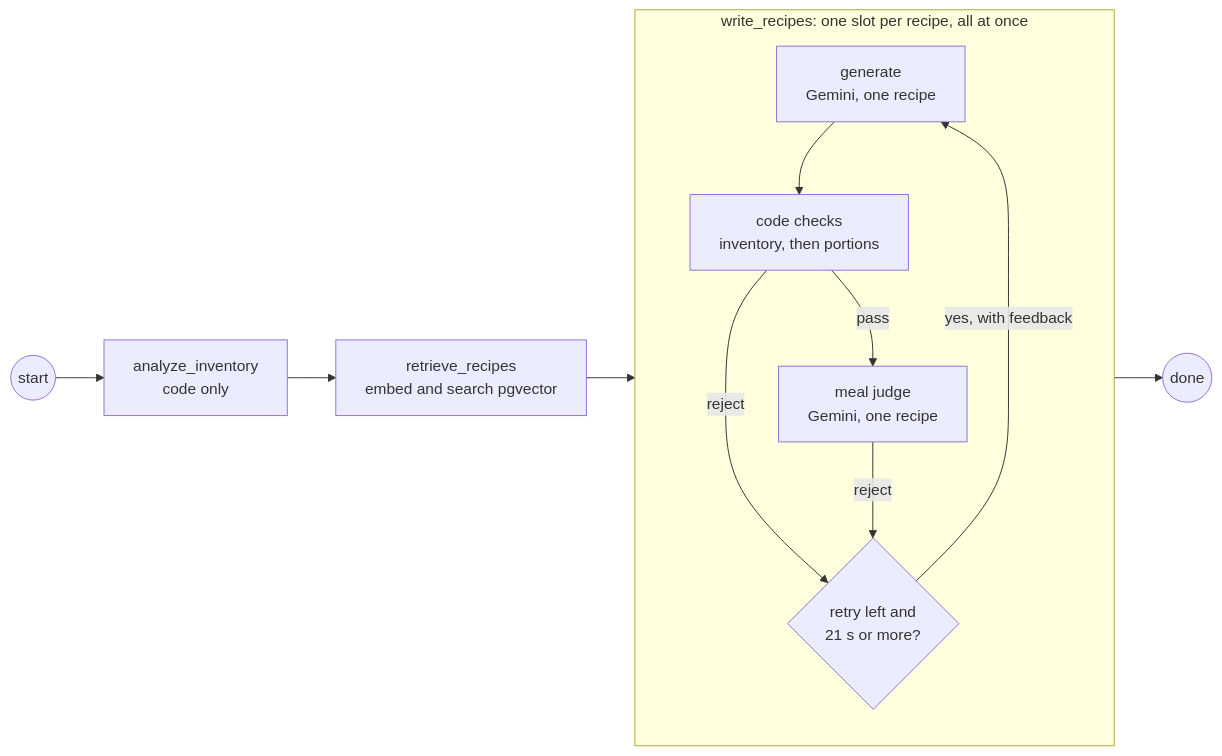
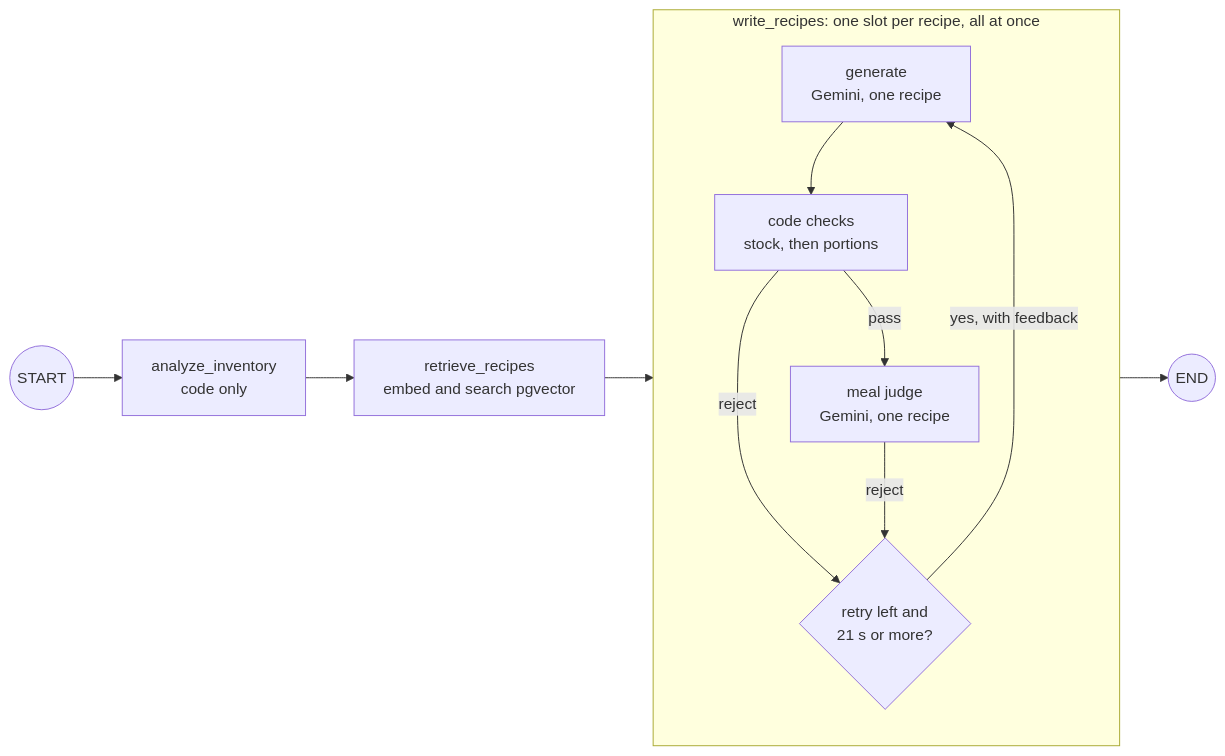
The third of 5 diagrams in docs/architecture.md (brandon-sanchez/FreshPlate), drawn with Mermaid before and after one commit. The commit also changed other lines of this file, not shown here.

First line of the commit message:
docs: describe the architecture as it runs on main (#276)

````diff
--- a/docs/architecture.md
+++ b/docs/architecture.md
@@ -85,14 +120,14 @@
 ```mermaid
 flowchart LR
-	Start(("start")) --> A["analyze_inventory<br/>code only"]
+	Start(("START")) --> A["analyze_inventory<br/>code only"]
 	A --> R["retrieve_recipes<br/>embed and search pgvector"]
 	R --> W
 	subgraph W["write_recipes: one slot per recipe, all at once"]
-		G["generate<br/>Gemini, one recipe"] --> C["code checks<br/>inventory, then portions"]
+		G["generate<br/>Gemini, one recipe"] --> C["code checks<br/>stock, then portions"]
 		C -- "pass" --> J["meal judge<br/>Gemini, one recipe"]
 		C -- "reject" --> F{"retry left and<br/>21 s or more?"}
 		J -- "reject" --> F
 		F -- "yes, with feedback" --> G
 	end
-	W --> Done(("done"))
+	W --> Done(("END"))
 ```
````
